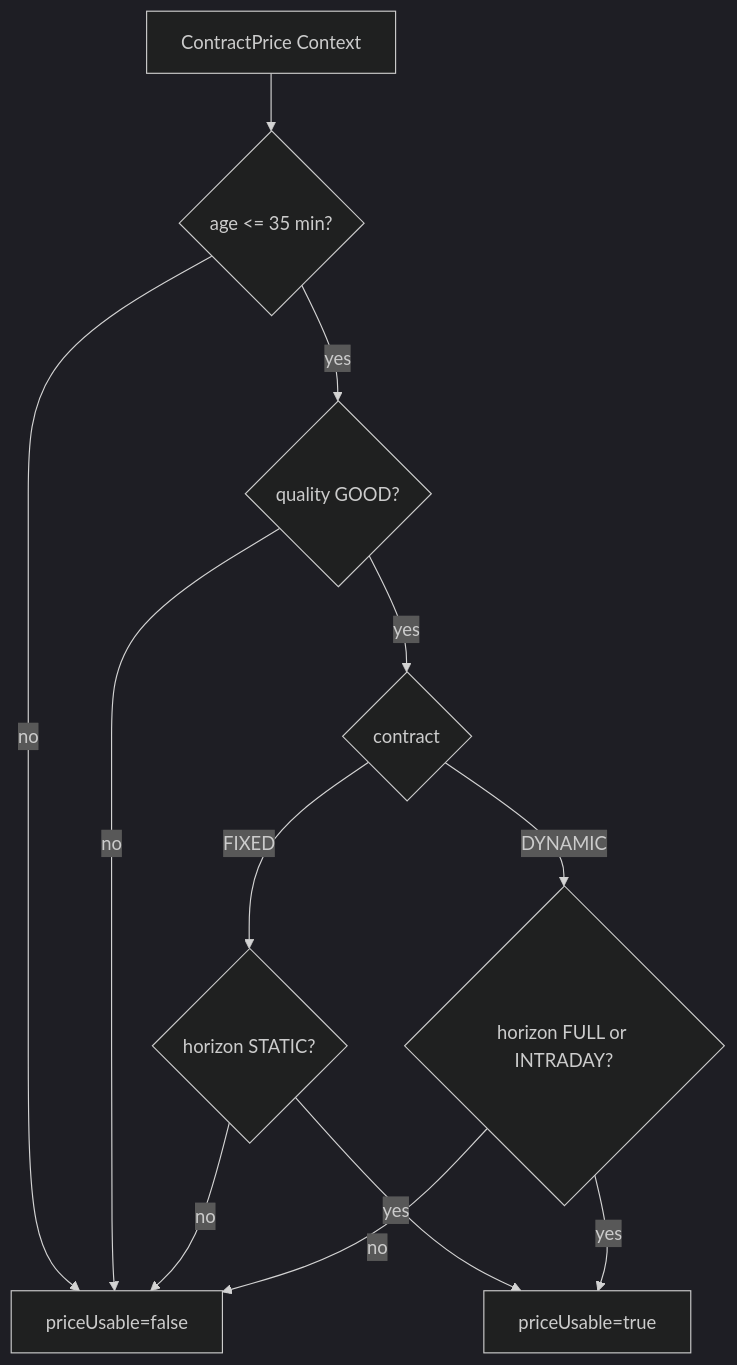
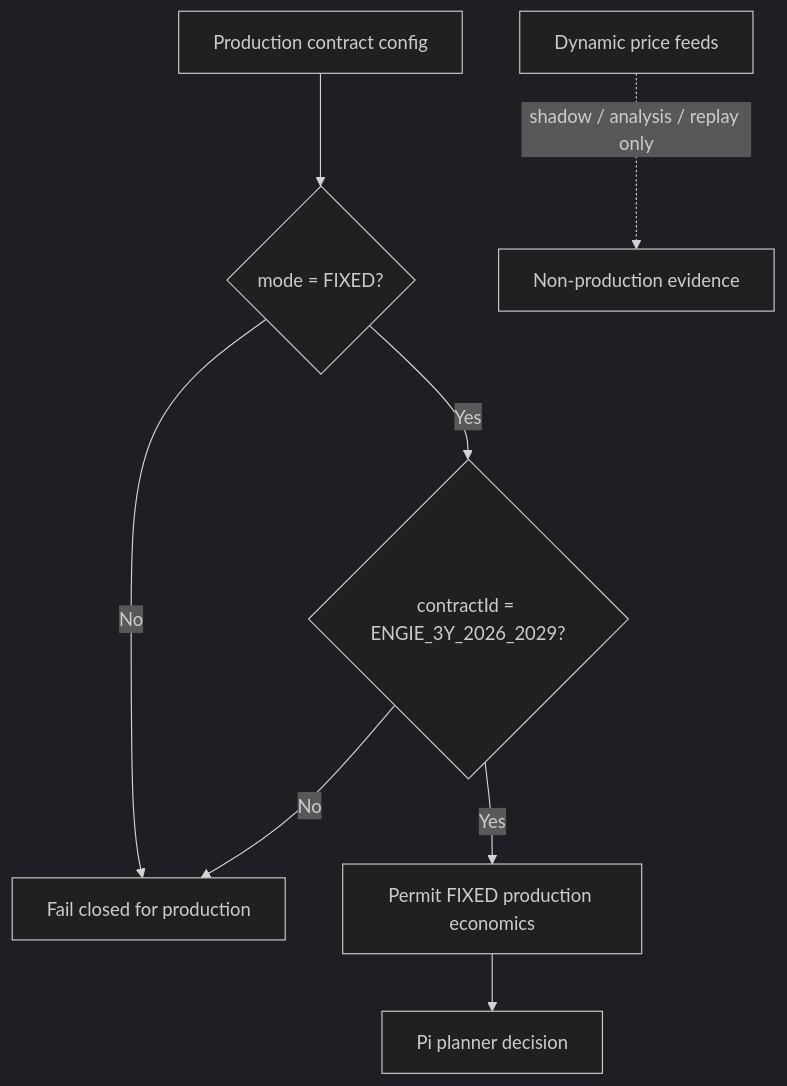
One commit to OnsKasteeltje/homey-energy-manual changed the first of 3 diagrams in docs/software-architecture/flows/price-adapter-flow.md. Above: the diagram before and after it, drawn with Mermaid (dark theme). The commit also changed other lines of this file, not shown here.

Commit message:
docs: align contract-price flow with FIXED ENGIE production governance

````diff
--- a/docs/software-architecture/flows/price-adapter-flow.md
+++ b/docs/software-architecture/flows/price-adapter-flow.md
@@ -83,14 +34,10 @@
 ```mermaid
 flowchart TD
-  A[ContractPrice Context] --> B{age <= 35 min?}
-  B -->|no| X[priceUsable=false]
-  B -->|yes| C{quality GOOD?}
-  C -->|no| X
-  C -->|yes| D{contract}
-  D -->|FIXED| E{horizon STATIC?}
-  D -->|DYNAMIC| F{horizon FULL or INTRADAY?}
-  E -->|yes| G[priceUsable=true]
-  E -->|no| X
-  F -->|yes| G
-  F -->|no| X
+  A[Production contract config] --> B{mode = FIXED?}
+  B -->|No| X[Fail closed for production]
+  B -->|Yes| C{contractId = ENGIE_3Y_2026_2029?}
+  C -->|No| X
+  C -->|Yes| D[Permit FIXED production economics]
+  D --> E[Pi planner decision]
+  F[Dynamic price feeds] -. shadow / analysis / replay only .-> G[Non-production evidence]
 ```
````
